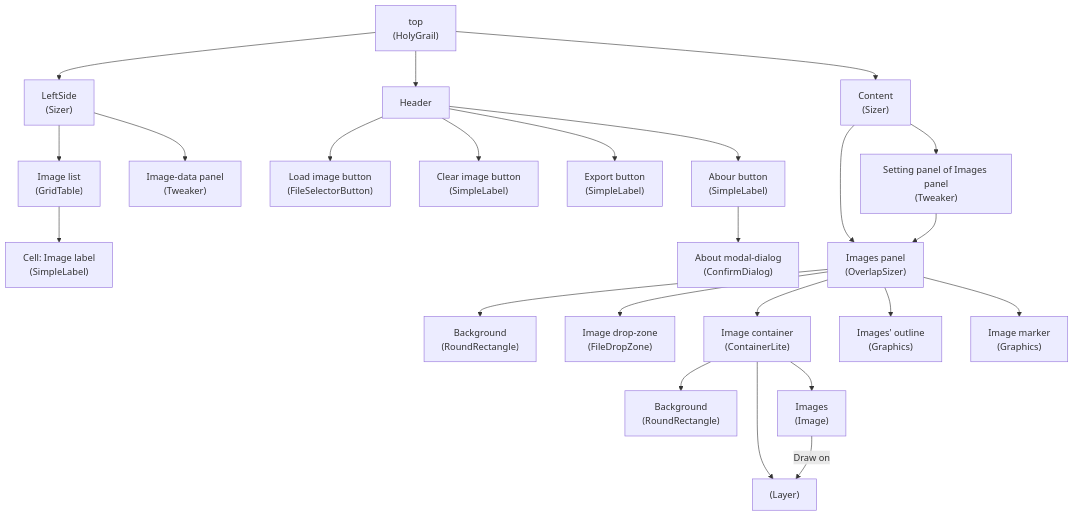
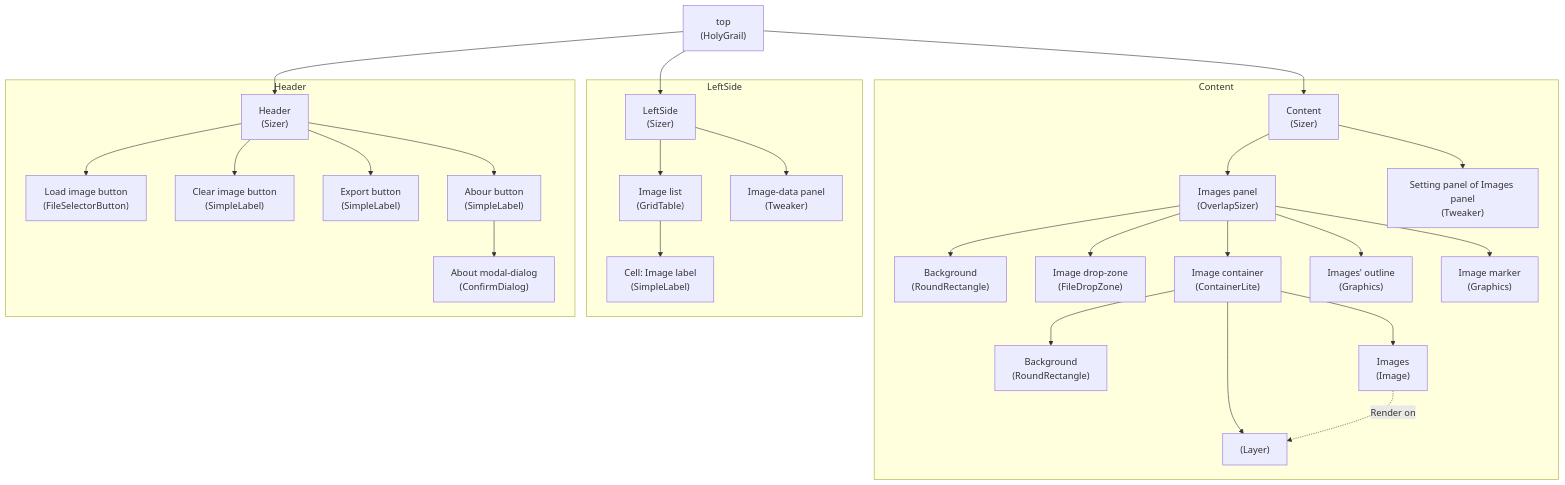
The diagram in projects/atlas-packer/readme.md (rexrainbow/phaser3-rex-playground), drawn with Mermaid before and after one commit.

Commit message:
Twist diagram

````diff
--- a/projects/atlas-packer/readme.md
+++ b/projects/atlas-packer/readme.md
@@ -3,34 +3,40 @@
 ```mermaid
 graph TD
 
 Top["top<br>(HolyGrail)"]
+Top --> LeftSidePanel["LeftSide<br>(Sizer)"]
+Top --> HeaderPanel["Header<br>(Sizer)"]
+Top --> ContentPanel["Content<br>(Sizer)"]
 
-Top --> LeftSide["LeftSide<br>(Sizer)"]
-LeftSide --> ImageList["Image list<br>(GridTable)"]
-ImageList --> ImageLabel["Cell: Image label<br>(SimpleLabel)"]
-LeftSide --> ImageDataPanel["Image-data panel<br>(Tweaker)"]
+subgraph Content
+  ContentPanel --> ImagesPanel["Images panel<br>(OverlapSizer)"]
+  ImagesPanel --> ImagesPanelBackground["Background<br>(RoundRectangle)"]
+  ImagesPanel --> ImageDropZone["Image drop-zone<br>(FileDropZone)"]
+  ImagesPanel --> ImageContainer["Image container<br>(ContainerLite)"]
+  ImagesPanel --> ImagesOutline["Images' outline<br>(Graphics)"]
+  ImagesPanel --> ImageMarker["Image marker<br>(Graphics)"]
 
-Top --> Header
-Header --> LoadImageFilesButton["Load image button<br>(FileSelectorButton)"]
-Header --> ClearImagesButton["Clear image button<br>(SimpleLabel)"]
-Header --> ExportButton["Export button<br>(SimpleLabel)"]
-Header --> AboutButton["Abour button<br>(SimpleLabel)"]
-AboutButton --> AboutModalDialog["About modal-dialog<br>(ConfirmDialog)"]
+  ImageContainer --> ImageContainerBackground["Background<br>(RoundRectangle)"]
+  ImageContainer --> Layer
+  ImageContainer --> Images["Images<br>(Image)"]
+  Images -.-> |Render on| Layer["(Layer)"]
+
+  ContentPanel --> ImagesPanelSettingPanel["Setting panel of Images panel<br>(Tweaker)"]  
+end
+
+subgraph LeftSide
+  LeftSidePanel --> ImageList["Image list<br>(GridTable)"]
+  ImageList --> ImageLabel["Cell: Image label<br>(SimpleLabel)"]
+  LeftSidePanel --> ImageDataPanel["Image-data panel<br>(Tweaker)"]
+end
+
+subgraph Header
+  HeaderPanel --> LoadImageFilesButton["Load image button<br>(FileSelectorButton)"]
+  HeaderPanel --> ClearImagesButton["Clear image button<br>(SimpleLabel)"]
+  HeaderPanel --> ExportButton["Export button<br>(SimpleLabel)"]
+  HeaderPanel --> AboutButton["Abour button<br>(SimpleLabel)"]
+  AboutButton --> AboutModalDialog["About modal-dialog<br>(ConfirmDialog)"]
+end
 
 
-Top --> Content["Content<br>(Sizer)"]
-Content --> ImagesPanel["Images panel<br>(OverlapSizer)"]
-ImagesPanel --> ImagesPanelBackground["Background<br>(RoundRectangle)"]
-ImagesPanel --> ImageDropZone["Image drop-zone<br>(FileDropZone)"]
-ImagesPanel --> ImageContainer["Image container<br>(ContainerLite)"]
-ImagesPanel --> ImagesOutline["Images' outline<br>(Graphics)"]
-ImagesPanel --> ImageMarker["Image marker<br>(Graphics)"]
-
-ImageContainer --> ImageContainerBackground["Background<br>(RoundRectangle)"]
-ImageContainer --> Layer
-ImageContainer --> Images["Images<br>(Image)"]
-Images --> |Draw on| Layer["(Layer)"]
-
-Content --> ImagesPanelSettingPanel["Setting panel of Images panel<br>(Tweaker)"]
-ImagesPanelSettingPanel --> ImagesPanel
 ```
````
